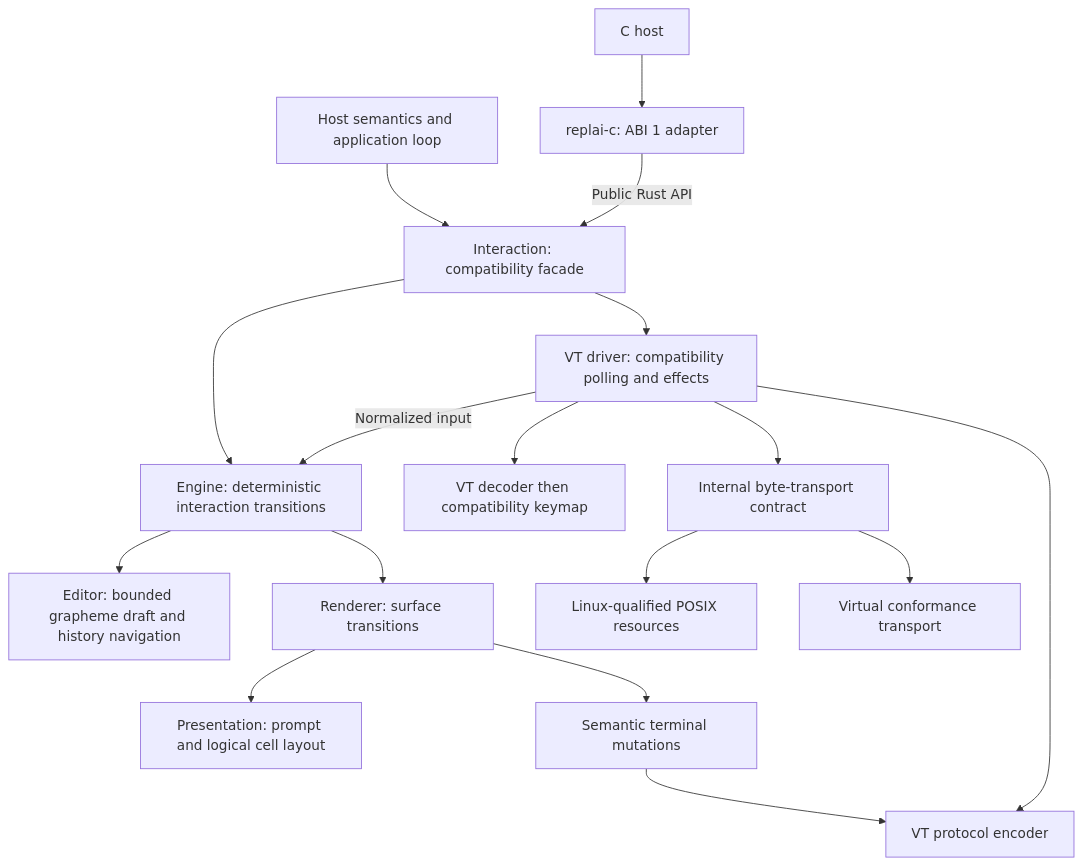
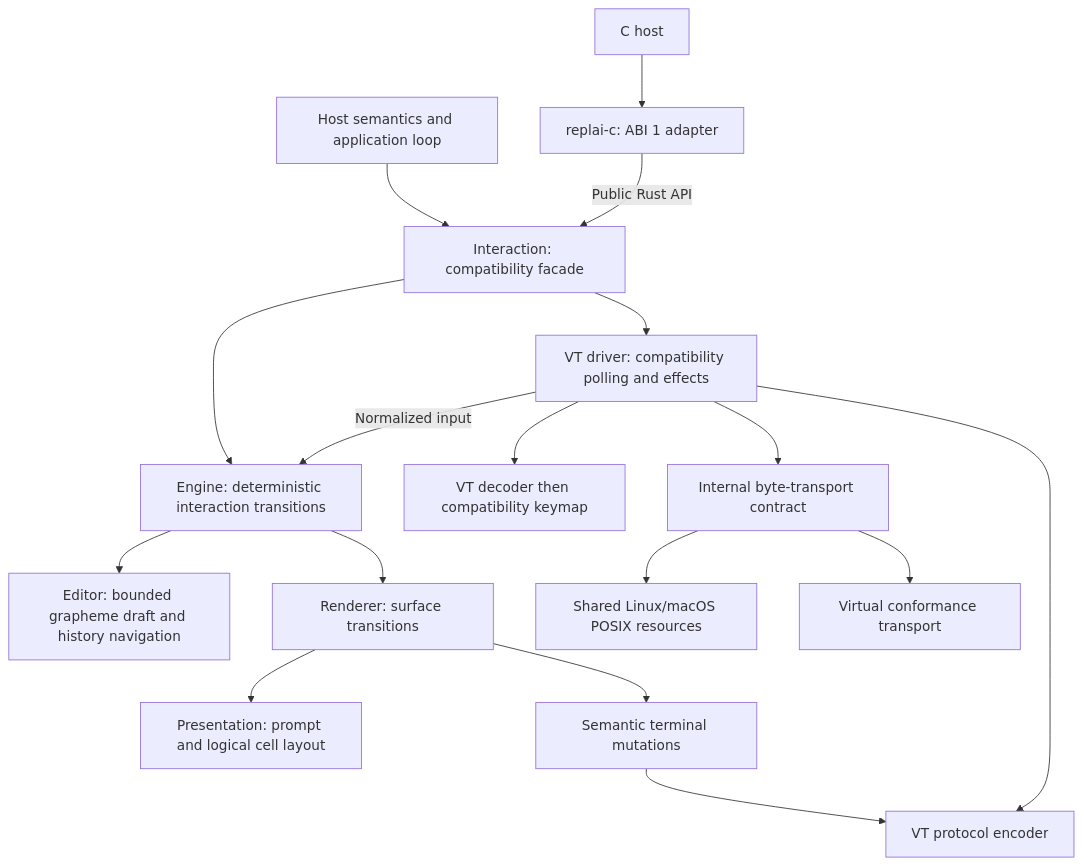
One commit to mothx9/replai changed the diagram in docs/architecture.md. Above: the diagram before and after it, drawn with Mermaid. The commit also changed other lines of this file and 34 other files, not shown here.

Commit message:
Qualify shared POSIX acquisition and native macOS benchmark checkpoint

````diff
--- a/docs/architecture.md
+++ b/docs/architecture.md
@@ -12,19 +12,19 @@
 ```mermaid
 flowchart TB
     host["Host semantics and application loop"] --> facade
     c["C host"] --> abi["replai-c: ABI 1 adapter"]
     abi -->|Public Rust API| facade
     facade["Interaction: compatibility facade"] --> engine
     facade --> driver
     engine["Engine: deterministic interaction transitions"] --> editor["Editor: bounded grapheme draft and history navigation"]
     engine --> renderer["Renderer: surface transitions"]
     renderer --> layout["Presentation: prompt and logical cell layout"]
     renderer --> mutations["Semantic terminal mutations"]
     driver["VT driver: compatibility polling and effects"] -->|Normalized input| engine
     driver --> decoder["VT decoder then compatibility keymap"]
     mutations --> encoder["VT protocol encoder"]
     driver --> encoder
     driver --> transport["Internal byte-transport contract"]
-    transport --> posix["Linux-qualified POSIX resources"]
+    transport --> posix["Shared Linux/macOS POSIX resources"]
     transport --> virtual["Virtual conformance transport"]
 ```
````
